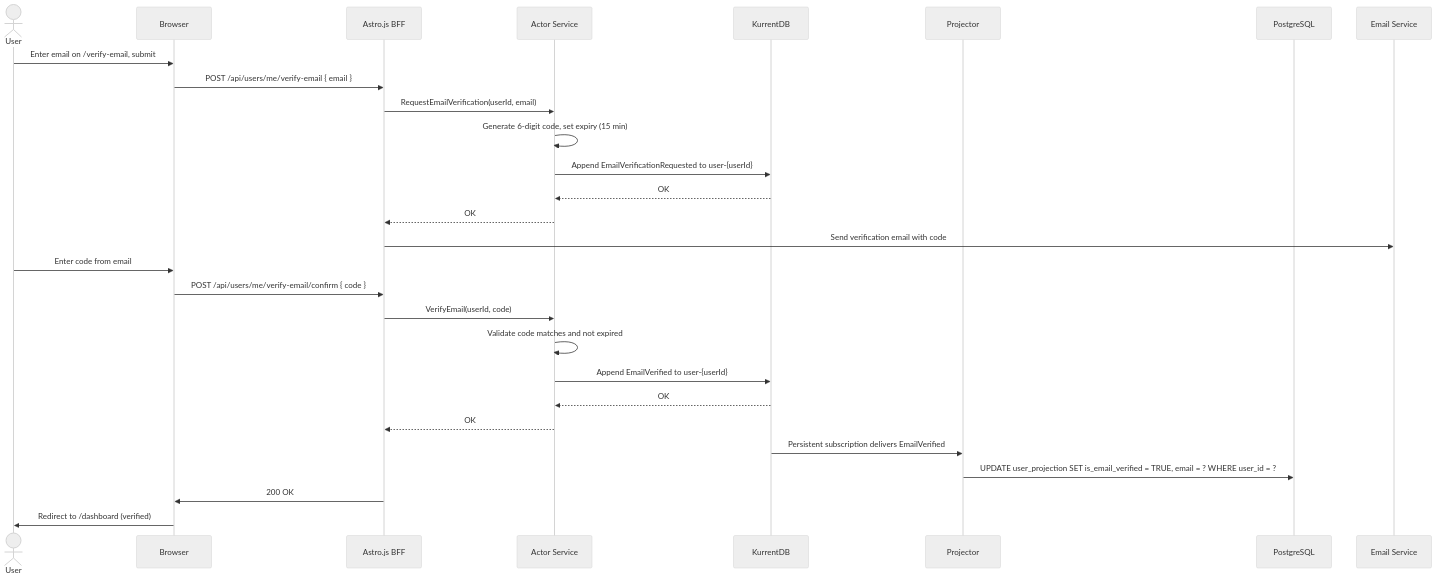
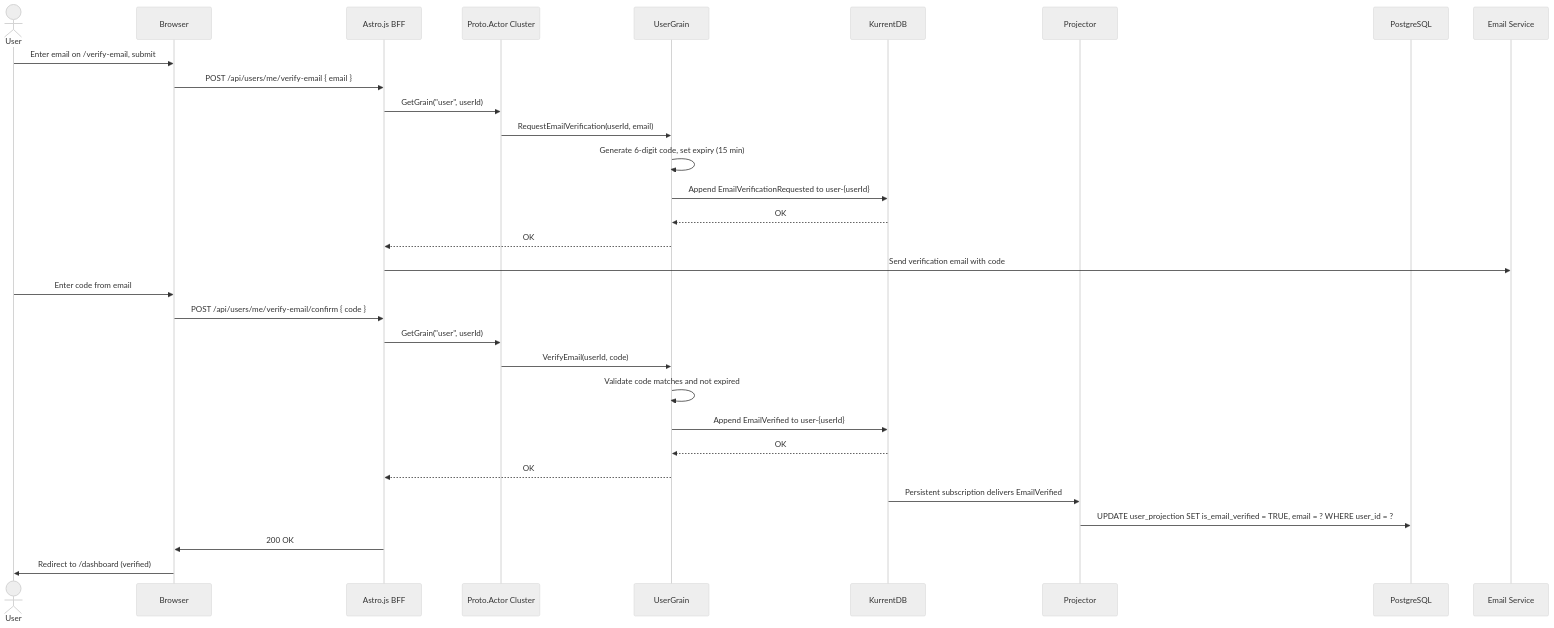
The tenth of 19 diagrams in epics/01-epic-first-signin-org/architecture/architecture.md (lekhasy/Vut), drawn with Mermaid (neutral theme) before and after one commit. The commit also changed other lines of this file and 4 other files, not shown here.

````diff
--- a/epics/01-epic-first-signin-org/architecture/architecture.md
+++ b/epics/01-epic-first-signin-org/architecture/architecture.md
@@ -731,34 +822,37 @@
 ```mermaid
 sequenceDiagram
     actor User
     participant Browser
     participant BFF as Astro.js BFF
-    participant AS as Actor Service
+    participant Cluster as Proto.Actor Cluster
+    participant Grain as UserGrain
     participant K as KurrentDB
     participant PJ as Projector
     participant PG as PostgreSQL
     participant SMTP as Email Service
 
     User->>Browser: Enter email on /verify-email, submit
     Browser->>BFF: POST /api/users/me/verify-email { email }
-    BFF->>AS: RequestEmailVerification(userId, email)
-    AS->>AS: Generate 6-digit code, set expiry (15 min)
-    AS->>K: Append EmailVerificationRequested to user-{userId}
-    K-->>AS: OK
-    AS-->>BFF: OK
+    BFF->>Cluster: GetGrain("user", userId)
+    Cluster->>Grain: RequestEmailVerification(userId, email)
+    Grain->>Grain: Generate 6-digit code, set expiry (15 min)
+    Grain->>K: Append EmailVerificationRequested to user-{userId}
+    K-->>Grain: OK
+    Grain-->>BFF: OK
     BFF->>SMTP: Send verification email with code
 
     User->>Browser: Enter code from email
     Browser->>BFF: POST /api/users/me/verify-email/confirm { code }
-    BFF->>AS: VerifyEmail(userId, code)
-    AS->>AS: Validate code matches and not expired
-    AS->>K: Append EmailVerified to user-{userId}
-    K-->>AS: OK
-    AS-->>BFF: OK
+    BFF->>Cluster: GetGrain("user", userId)
+    Cluster->>Grain: VerifyEmail(userId, code)
+    Grain->>Grain: Validate code matches and not expired
+    Grain->>K: Append EmailVerified to user-{userId}
+    K-->>Grain: OK
+    Grain-->>BFF: OK
 
     K->>PJ: Persistent subscription delivers EmailVerified
     PJ->>PG: UPDATE user_projection SET is_email_verified = TRUE, email = ? WHERE user_id = ?
 
     BFF->>Browser: 200 OK
     Browser->>User: Redirect to /dashboard (verified)
 ```
````
